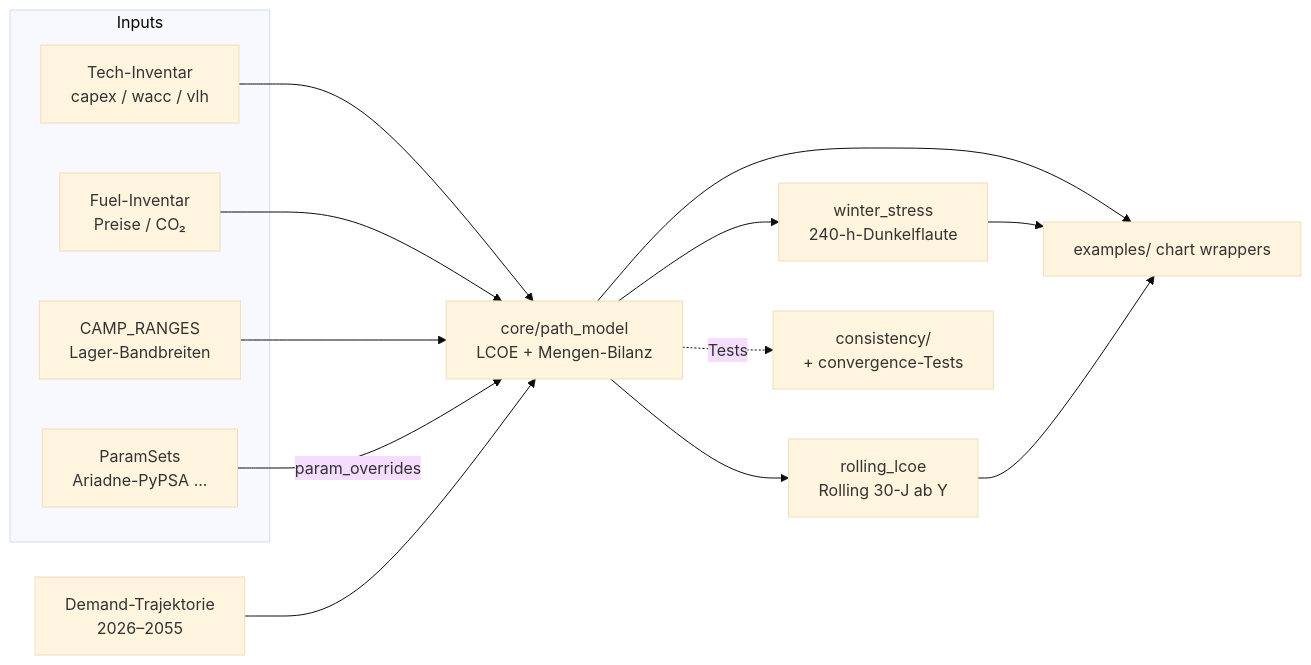
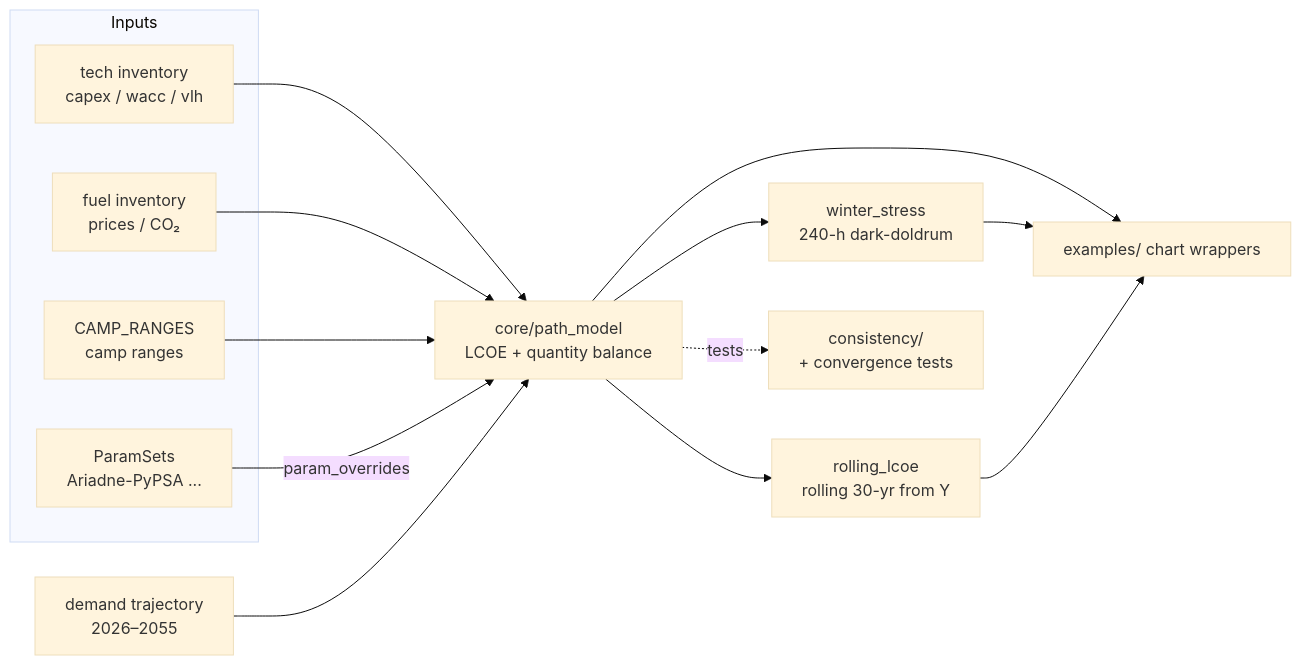
The diagram in docs/methodik/modell_architektur.md (berndhardung/enesys), drawn with Mermaid (base theme) before and after one commit. The commit also changed other lines of this file and 58 other files, not shown here.

````diff
--- a/docs/methodik/modell_architektur.md
+++ b/docs/methodik/modell_architektur.md
@@ -62,26 +80,26 @@
 ```mermaid
 flowchart LR
     subgraph Inputs
-      Tech[Tech-Inventar<br/>capex / wacc / vlh]
-      Fuel[Fuel-Inventar<br/>Preise / CO₂]
-      Camp[CAMP_RANGES<br/>Lager-Bandbreiten]
+      Tech[tech inventory<br/>capex / wacc / vlh]
+      Fuel[fuel inventory<br/>prices / CO₂]
+      Camp[CAMP_RANGES<br/>camp ranges]
       ParamSet[ParamSets<br/>Ariadne-PyPSA ...]
     end
 
     Tech --> LCOE
     Fuel --> LCOE
     Camp --> LCOE
     ParamSet -->|param_overrides| LCOE
 
-    Demand[Demand-Trajektorie<br/>2026–2055] --> LCOE
+    Demand[demand trajectory<br/>2026–2055] --> LCOE
 
-    LCOE[core/path_model<br/>LCOE + Mengen-Bilanz] --> Stress
+    LCOE[core/path_model<br/>LCOE + quantity balance] --> Stress
     LCOE --> SteadyState
     LCOE --> UI
 
-    Stress[winter_stress<br/>240-h-Dunkelflaute] --> UI
-    SteadyState[rolling_lcoe<br/>Rolling 30-J ab Y] --> UI
+    Stress[winter_stress<br/>240-h dark-doldrum] --> UI
+    SteadyState[rolling_lcoe<br/>rolling 30-yr from Y] --> UI
 
     UI[examples/ chart wrappers]
-    LCOE -.Tests.-> Tests[consistency/<br/>+ convergence-Tests]
+    LCOE -.tests.-> Tests[consistency/<br/>+ convergence tests]
 ```
````
